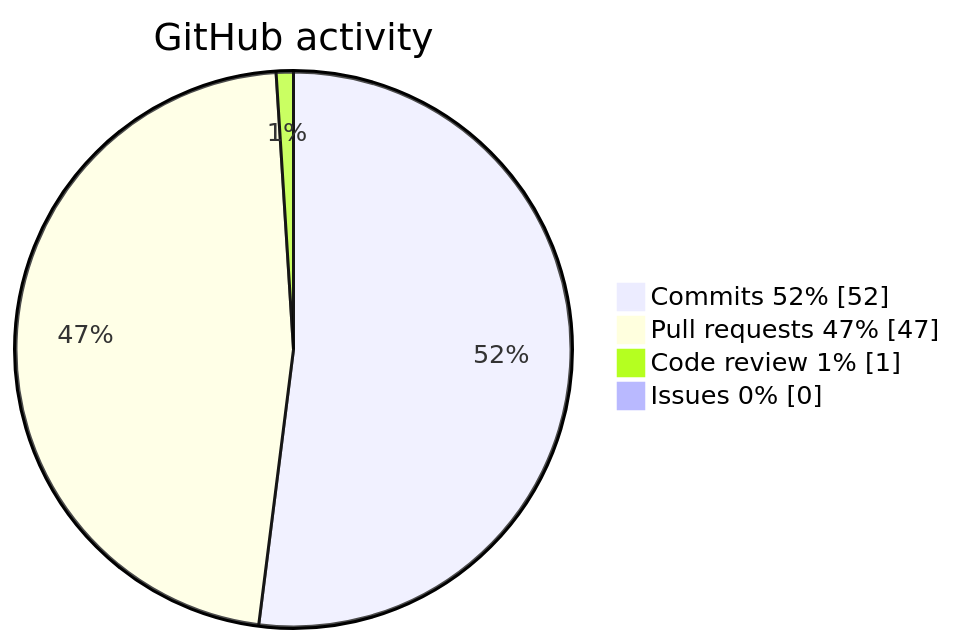
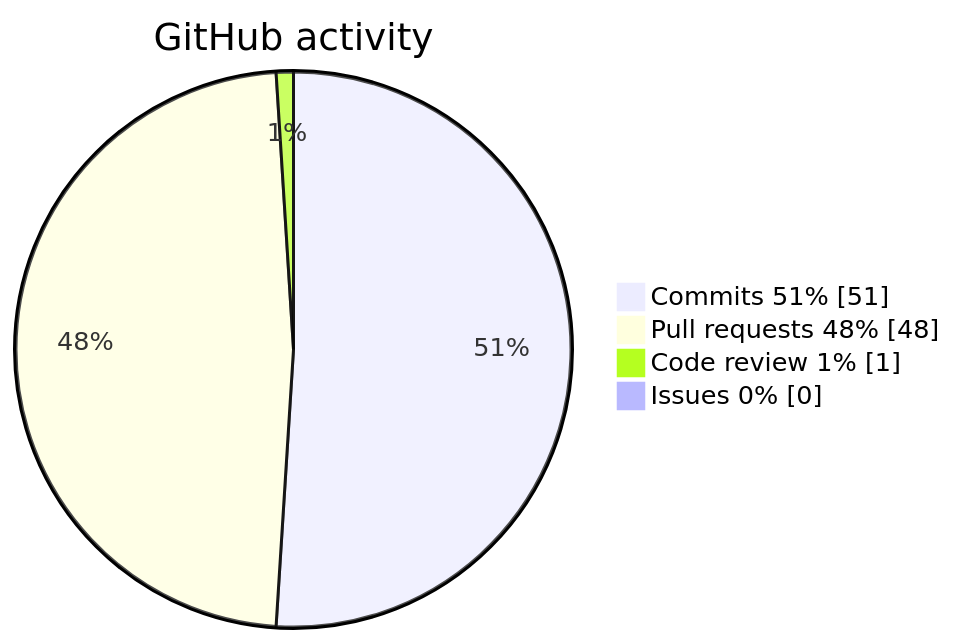
One commit to krotname/KrotName changed the diagram in README.en.md. Above: the diagram before and after it, drawn with Mermaid. The commit also changed other lines of this file and 1 other file, not shown here.

Commit message:
Update profile metrics

````diff
--- a/README.en.md
+++ b/README.en.md
@@ -48,8 +48,8 @@
 ```mermaid
 pie showData
     title GitHub activity
-    "Commits 52%" : 52
-    "Pull requests 47%" : 47
+    "Commits 51%" : 51
+    "Pull requests 48%" : 48
     "Code review 1%" : 1
     "Issues 0%" : 0
 ```
````
